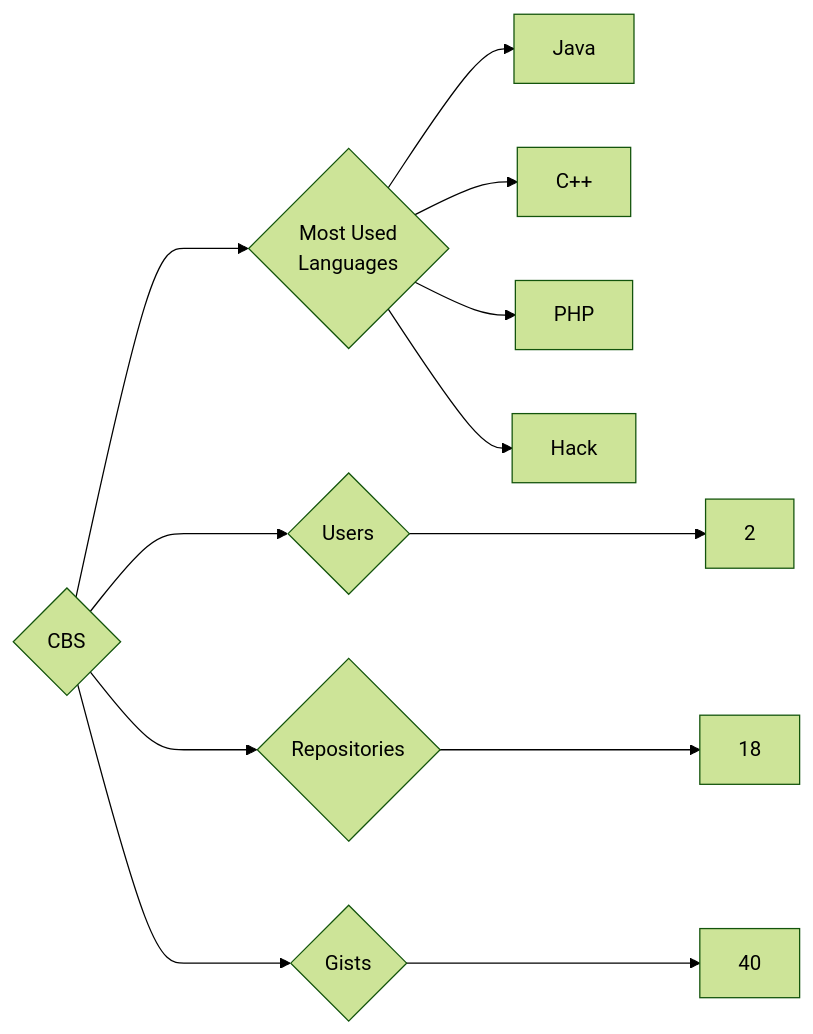
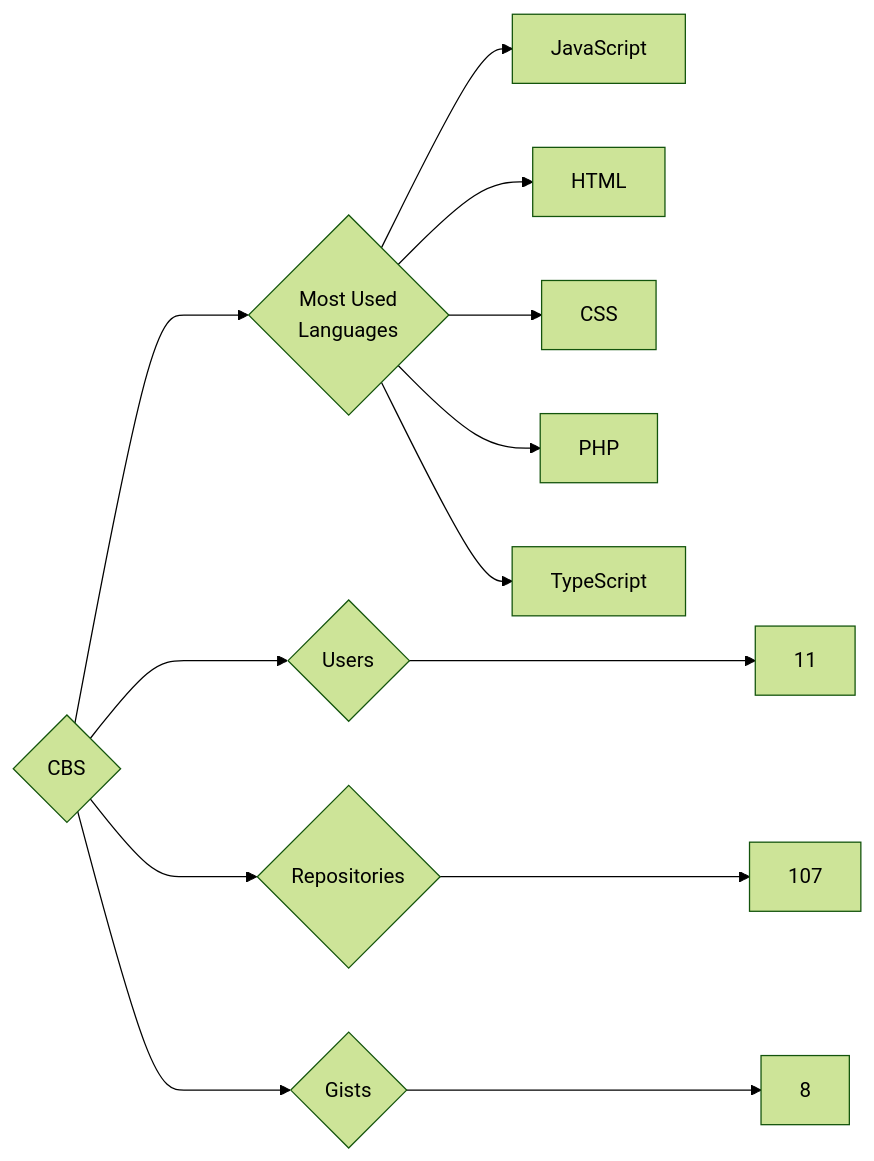
Before and after one commit to trickest/insiders: the diagram in targets/CBS/README.md, drawn with Mermaid (forest theme). The commit also changed 847 other files, not shown here.

````diff
--- a/targets/CBS/README.md
+++ b/targets/CBS/README.md
@@ -3,12 +3,13 @@
 ```mermaid
 graph LR
 COMPANY_NAME{CBS}
-COMPANY_NAME ---> U{Users} ---> UN[2]
-COMPANY_NAME ---> R{Repositories} ---> RN[18]
-COMPANY_NAME ---> G{Gists} ---> GN[40]
+COMPANY_NAME ---> U{Users} ---> UN[11]
+COMPANY_NAME ---> R{Repositories} ---> RN[107]
+COMPANY_NAME ---> G{Gists} ---> GN[8]
 COMPANY_NAME ---> ML{Most Used<br>Languages}
-ML --> Java[Java]
-ML --> C++[C++]
+ML --> JavaScript[JavaScript]
+ML --> HTML[HTML]
+ML --> CSS[CSS]
 ML --> PHP[PHP]
-ML --> Hack[Hack]
+ML --> TypeScript[TypeScript]
 ```
````
